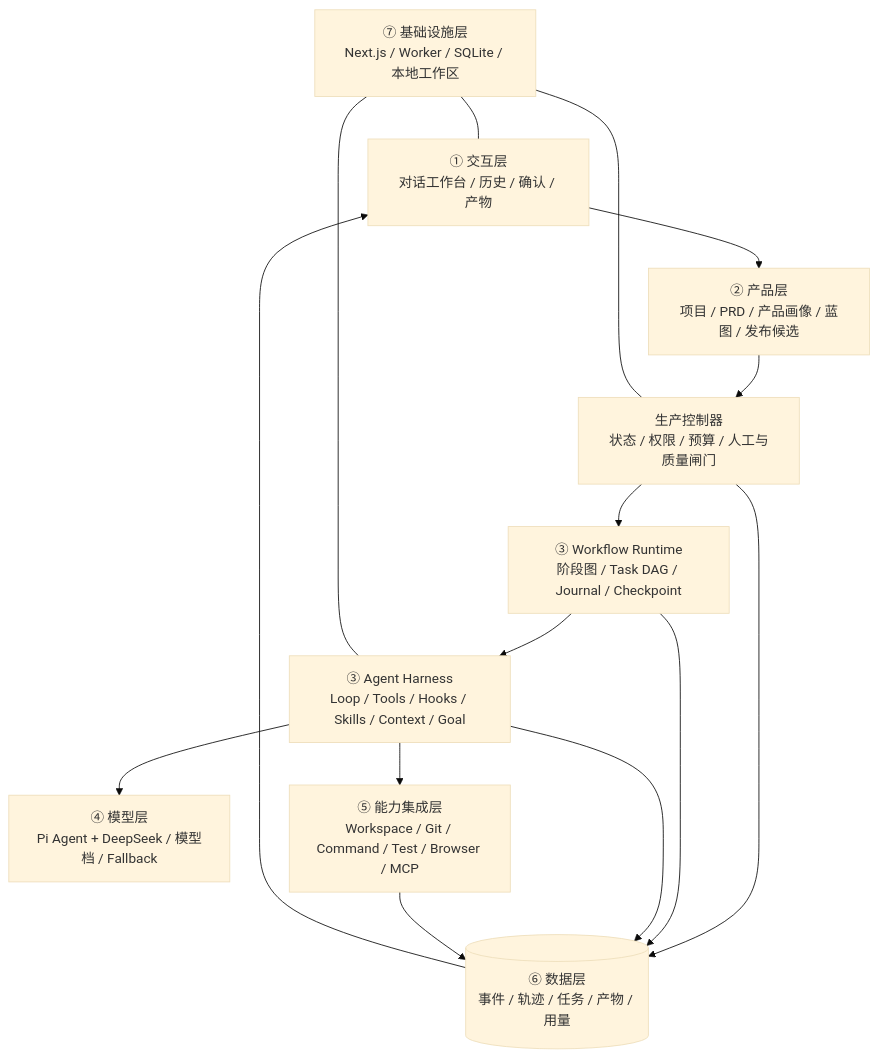
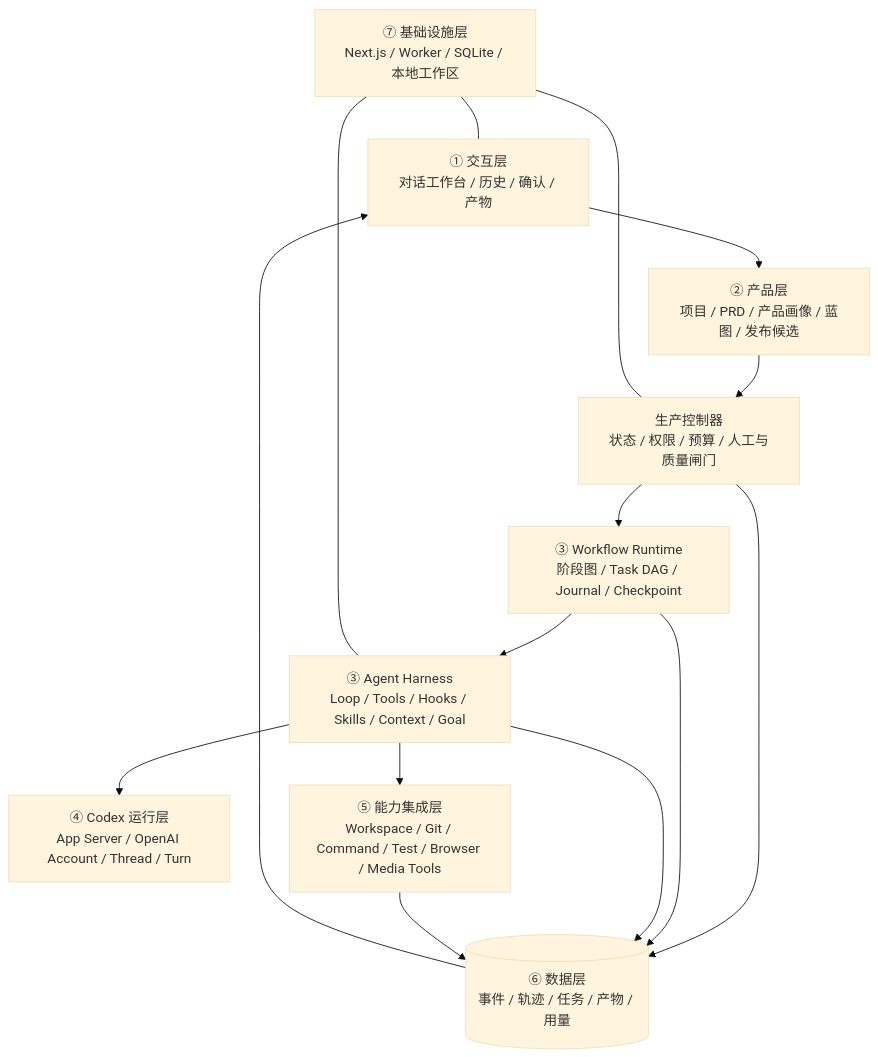
One commit to LECoO21/ai-product-factory changed the diagram in AI产品工厂/docs/02-总体架构.md. Above: the diagram before and after it, drawn with Mermaid (base theme). The commit also changed other lines of this file and 233 other files, not shown here.

First line of the commit message:
feat: Harness 八项改进 + 运行时切换 DeepSeek

````diff
--- a/AI产品工厂/docs/02-总体架构.md
+++ b/AI产品工厂/docs/02-总体架构.md
@@ -9,23 +9,23 @@
 ```mermaid
 flowchart TB
     L1[① 交互层\n对话工作台 / 历史 / 确认 / 产物]
     L2[② 产品层\n项目 / PRD / 产品画像 / 蓝图 / 发布候选]
     C[生产控制器\n状态 / 权限 / 预算 / 人工与质量闸门]
     WF[③ Workflow Runtime\n阶段图 / Task DAG / Journal / Checkpoint]
     H[③ Agent Harness\nLoop / Tools / Hooks / Skills / Context / Goal]
-    L4[④ 模型层\nPi Agent + DeepSeek / 模型档 / Fallback]
-    L5[⑤ 能力集成层\nWorkspace / Git / Command / Test / Browser / MCP]
+    L4[④ Codex 运行层\nApp Server / OpenAI Account / Thread / Turn]
+    L5[⑤ 能力集成层\nWorkspace / Git / Command / Test / Browser / Media Tools]
     L6[(⑥ 数据层\n事件 / 轨迹 / 任务 / 产物 / 用量)]
     L7[⑦ 基础设施层\nNext.js / Worker / SQLite / 本地工作区]
 
     L1 --> L2 --> C --> WF --> H --> L4
     H --> L5
     C --> L6
     WF --> L6
     H --> L6
     L5 --> L6
     L6 --> L1
     L7 --- L1
     L7 --- C
     L7 --- H
 ```
````
